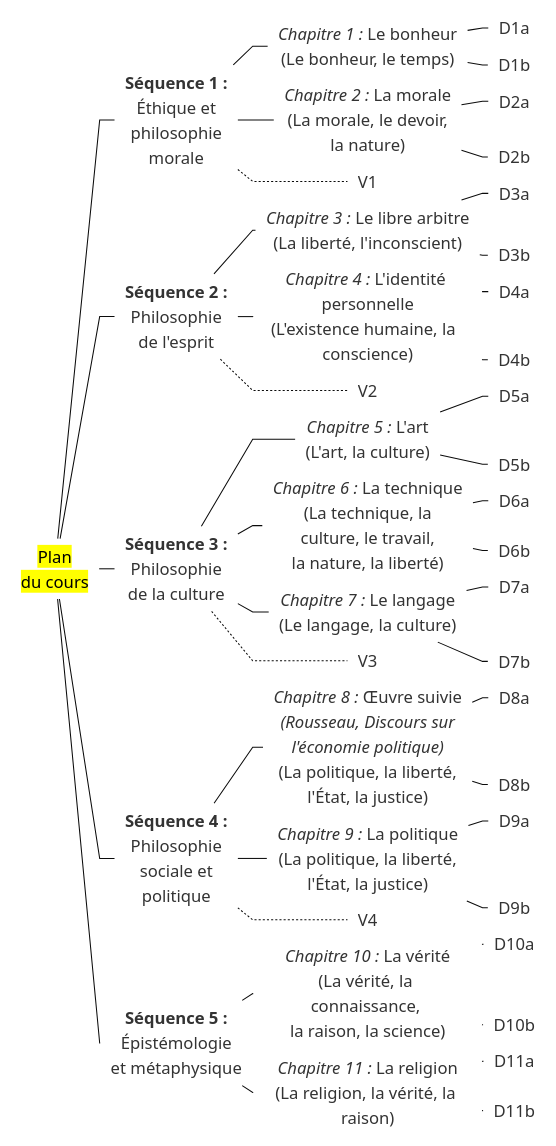
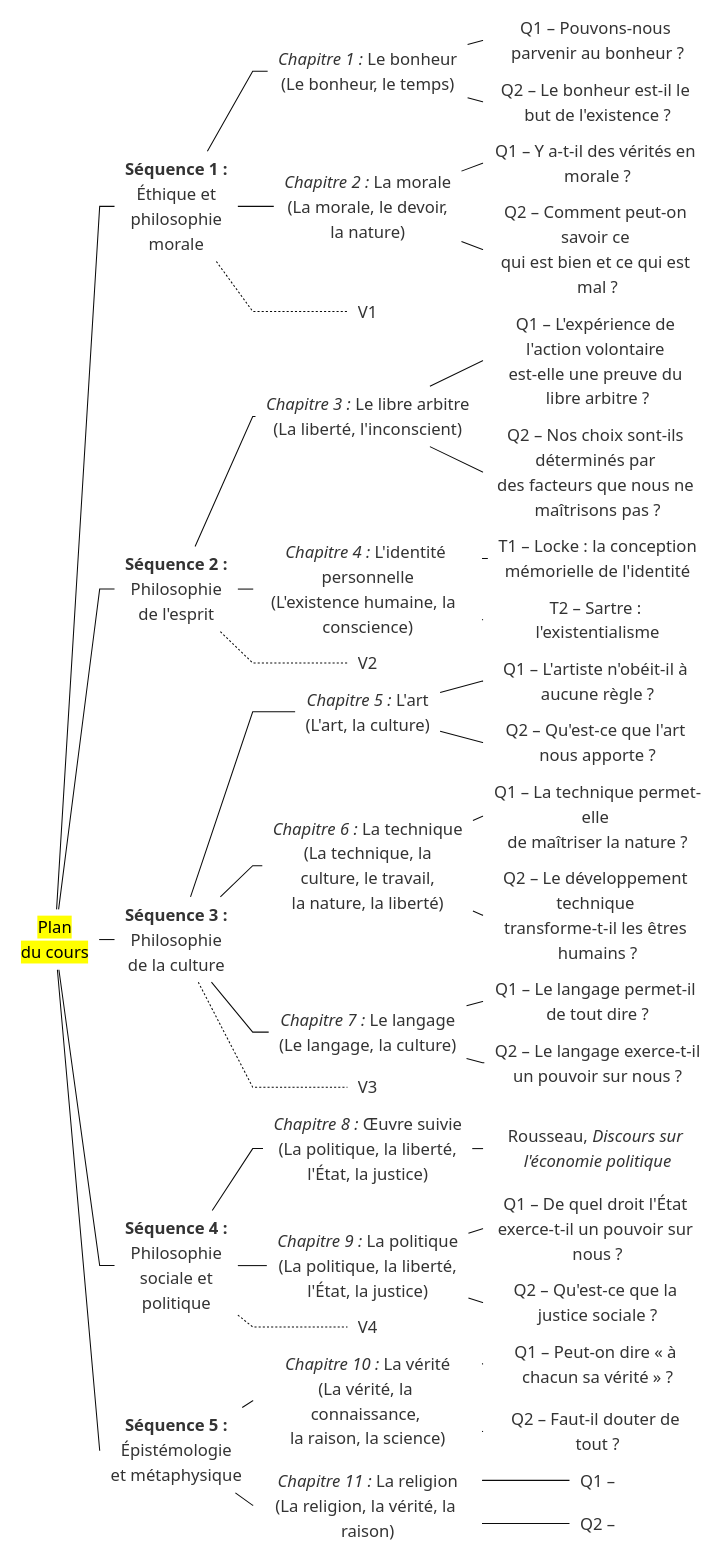
One commit to eyssette/tree-diagrams changed the diagram in plan-cours-2022.mmd. Above: the diagram before and after it, drawn with Mermaid.

```diff
--- a/plan-cours-2022.mmd
+++ b/plan-cours-2022.mmd
@@ -1,50 +1,72 @@
-%%{init{"theme":"base","themeCSS":"* {line-height:1.25em!important; font-size:12px; text-align:left!important;} span span{color:#666; font-size:0.9em;}  g[id*=\"A\"] * {font-size:1.01em;}  g[id*=\"V\"] * {color:transparent} .edge-thickness-normal{stroke-width:1px; stroke:#999;} .edge-thickness-thick{stroke-width:1px!important} .edge-pattern-dotted{stroke:transparent} mark {background-color:grey; color:white; display:block; text-align:center!important; padding:5px 10px; border-radius:15px}","themeVariables":{"secondaryColor":"transparent","primaryColor":"transparent","primaryBorderColor":"transparent"},"flowchart":{"htmlLabels":true,"padding":5,"rankSpacing":1,"nodeSpacing":1,"curve":"linear"}} }%%
+%%{init{"theme":"base","themeCSS":"* {line-height:1.25em!important; font-size:12px; text-align:left!important; } span span{color:#666; font-size:0.9em;}  g[id*=\"A\"] * {font-size:1.01em;}  g[id*=\"V\"] * {color:transparent} .edge-thickness-normal{stroke-width:1px; stroke:#999;} .edge-thickness-thick{stroke-width:1px!important} .edge-pattern-dotted{stroke:transparent} mark {background-color:grey; color:white; display:block; text-align:center!important; padding:5px 10px; border-radius:15px}","themeVariables":{"secondaryColor":"transparent","primaryColor":"transparent","primaryBorderColor":"transparent"},"flowchart":{"htmlLabels":true,"padding":5,"rankSpacing":1,"nodeSpacing":1,"curve":"linear"}} }%%
 flowchart LR
 
 A[<mark>Plan <br>du cours</mark>]
 
 B1[<b>Séquence 1 :</b></b><br> Éthique et <br> philosophie<br>  morale]
 B2[<b>Séquence 2 :</b><br> Philosophie <br> de l'esprit]
 B3[<b>Séquence 3 :</b><br> Philosophie<br> de la culture]
 B4[<b>Séquence 4 :</b><br> Philosophie<br>sociale et <br>politique]
 B5[<b>Séquence 5 :</b><br>Épistémologie <br>et métaphysique]
 
 A --- B1 & B2 & B3 & B4 & B5
 
 B1 --- C1 & C2
 B1 -.- V1
 B2 --- C3 & C4
 B2 -.- V2
 B3 --- C5 & C6 & C7
 B3 -.- V3
 B4 --- C8 & C9
 B4 -.- V4
 B5 --- C10 & C11
 
 C1["<i>Chapitre 1 :</i> Le bonheur<br><span>(Le bonheur, le temps)</span>"]
 C2["<i>Chapitre 2 :</i> La morale<br><span>(La morale, le devoir,<br>la nature)</span>"]
 
 C3["<i>Chapitre 3 :</i> Le libre arbitre<br><span>(La liberté, l'inconscient)</span>"]
 C4["<i>Chapitre 4 :</i> L'identité personnelle<br><span>(L'existence humaine, la  conscience)</span>"]
 
 C5["<i>Chapitre 5 :</i> L'art<br><span>(L'art, la culture)</span>"]
 C6["<i>Chapitre 6 :</i> La technique<br><span>(La technique, la<br>culture, le travail,<br>la nature, la liberté)</span>"]
 C7["<i>Chapitre 7 :</i> Le langage<br><span>(Le langage, la culture)</span>"]
 
-C8["<i>Chapitre 8 :</i> Œuvre suivie <br><cite>(Rousseau, <i>Discours sur <br>l'économie politique</i>)</cite><br><span>(La politique, la liberté,<br> l'#Eacute;tat, la justice)</span>"]
+C8["<i>Chapitre 8 :</i> Œuvre suivie<br><span>(La politique, la liberté,<br> l'#Eacute;tat, la justice)</span>"]
 C9["<i>Chapitre 9 :</i> La politique<br><span>(La politique, la liberté,<br> l'#Eacute;tat, la justice)</span>"]
 
 C10["<i>Chapitre 10 :</i> La vérité<br><span>(La vérité, la connaissance, <br>la raison, la science)</span>"]
 C11["<i>Chapitre 11 :</i> La religion<br><span>(La religion, la vérité, la raison)</span>"]
 
 C1 --- D1a & D1b
 C2 --- D2a & D2b
 C3 --- D3a & D3b
 C4 --- D4a & D4b
 C5 --- D5a & D5b
 C6 --- D6a & D6b
 C7 --- D7a & D7b
-C8 --- D8a & D8b
+C8 --- D8
 C9 --- D9a & D9b
 C10 --- D10a & D10b
 C11 --- D11a & D11b
+
+D1a["Q1 – Pouvons-nous parvenir au bonheur ?"]
+D1b["Q2 – Le bonheur est-il le but de l'existence ?"]
+D2a["Q1 – Y a-t-il des vérités en morale ?"]
+D2b["Q2 – Comment peut-on savoir ce <br>qui est bien et ce qui est mal ?"]
+D3a["Q1 – L'expérience de l'action volontaire <br>est-elle une preuve du libre arbitre ?"]
+D3b["Q2 – Nos choix sont-ils déterminés par <br>des facteurs que nous ne maîtrisons pas ?"]
+D4a["T1 – Locke : la conception <br>mémorielle de l'identité"]
+D4b["T2 – Sartre : l'existentialisme"]
+D5a["Q1 – L'artiste n'obéit-il à aucune règle ?"]
+D5b["Q2 – Qu'est-ce que l'art nous apporte ?"]
+D6a["Q1 – La technique permet-elle <br>de maîtriser la nature ?"]
+D6b["Q2 – Le développement technique <br>transforme-t-il les êtres humains ?"]
+D7a["Q1 – Le langage permet-il de tout dire ?"]
+D7b["Q2 – Le langage exerce-t-il<br> un pouvoir sur nous ?"]
+D8["Rousseau, <i>Discours sur l'économie politique</i>"]
+D9a["Q1 – De quel droit l'État <br>exerce-t-il un pouvoir sur nous ?"]
+D9b["Q2 – Qu'est-ce que la justice sociale ?"]
+D10a["Q1 – Peut-on dire « à chacun sa vérité » ?"]
+D10b["Q2 – Faut-il douter de tout ?"]
+D11a["Q1 – "]
+D11b["Q2 – "]
```
